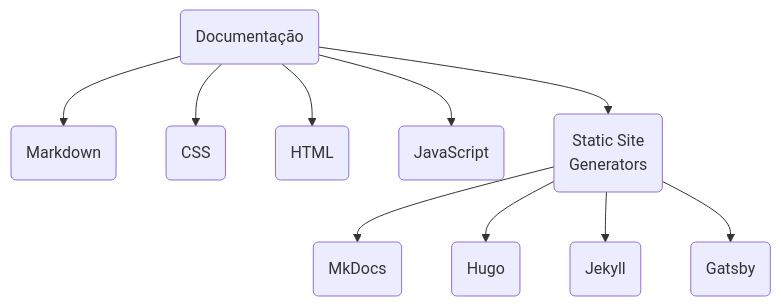
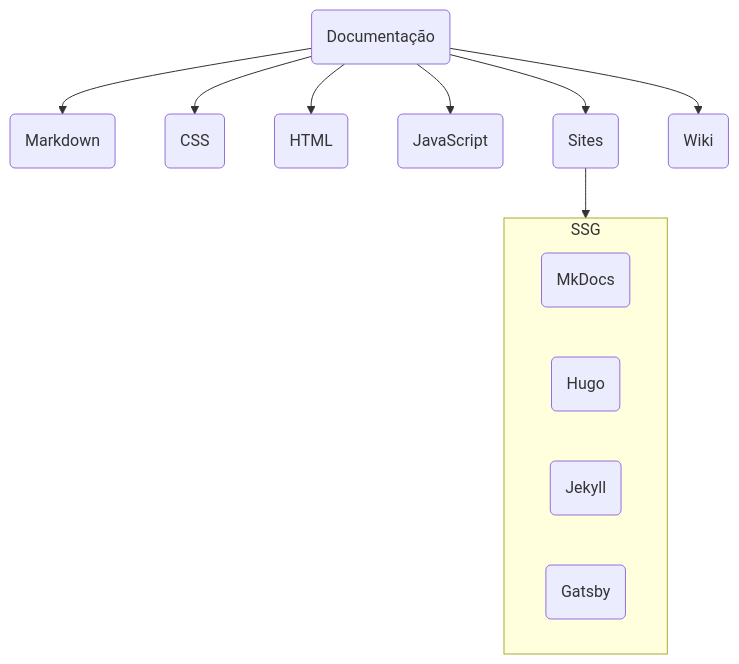
Before and after one commit to 60pportunities/documentacao: diagram 11 of 17 in docs/recipe_60pportunities_felicidade_003.md, drawn with Mermaid. The commit also changed other lines of this file and 5 other files, not shown here.

````diff
--- a/docs/recipe_60pportunities_felicidade_003.md
+++ b/docs/recipe_60pportunities_felicidade_003.md
@@ -188,5 +190,12 @@
 ```mermaid
 flowchart TD
-id12(Documentação) --> id1201(Markdown) & id1202(CSS) & id1203(HTML) & id1204(JavaScript)  & id1205(Static Site</br>Generators)
-id1205 --> id120501(MkDocs) & id120502(Hugo) & id120503(Jekyll) & id120504(Gatsby)
+id12(Documentação) --> id1201(Markdown) & id1202(CSS) & id1203(HTML) & id1204(JavaScript)  & id1205(Sites) & id1206(Wiki)
+subgraph SSG
+  direction LR
+ id120501(MkDocs)
+ id120502(Hugo)
+ id120503(Jekyll)
+ id120504(Gatsby)
+end
+id1205 --> SSG
 ```
````
